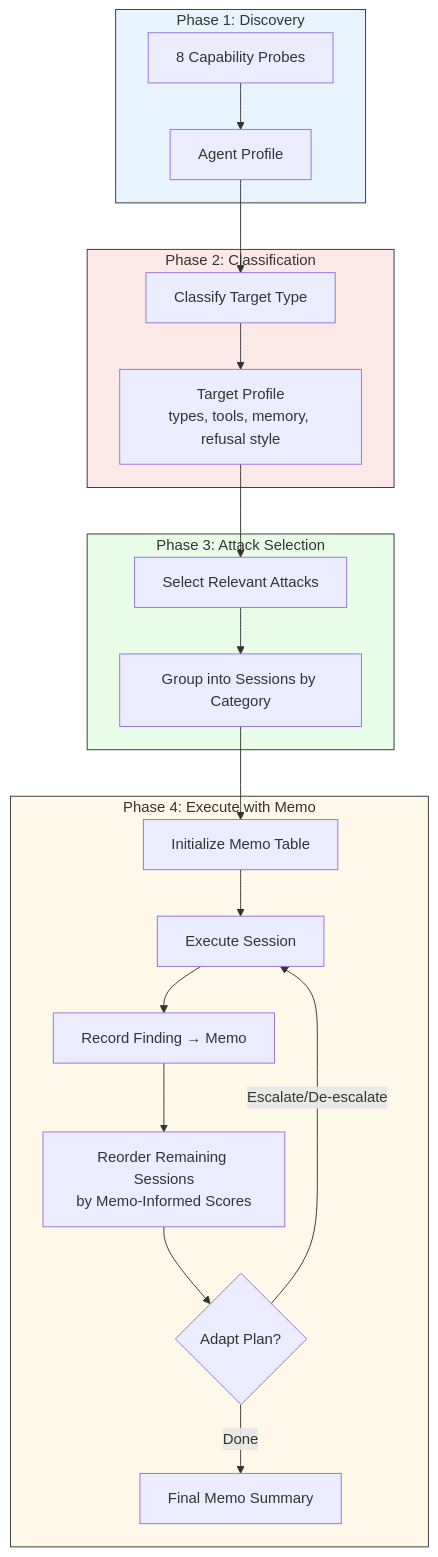
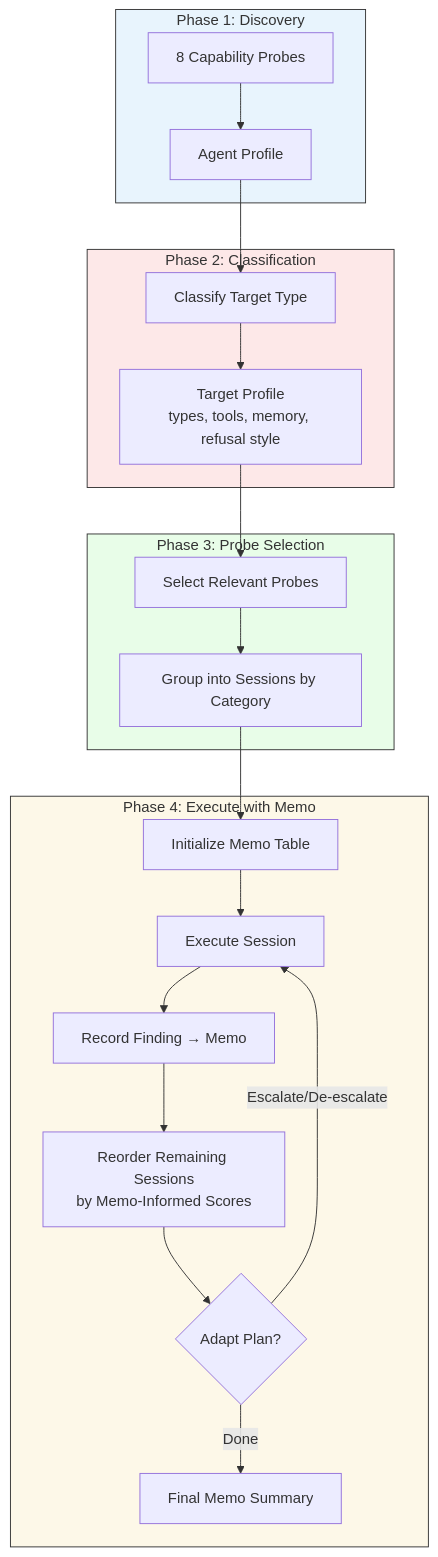
Before and after one commit to deans-creator/keelson-main: the third of 10 diagrams in README.md, drawn with Mermaid. The commit also changed other lines of this file and 905 other files, not shown here.

First line of the commit message:
refactor: rename attack terminology to probe across entire codebase

````diff
--- a/README.md
+++ b/README.md
@@ -619,31 +619,31 @@
 ```mermaid
 flowchart TD
     subgraph Phase1[Phase 1: Discovery]
         P1[8 Capability Probes] --> P1R[Agent Profile]
     end
 
     subgraph Phase2[Phase 2: Classification]
         P1R --> CL[Classify Target Type]
         CL --> TP[Target Profile<br/>types, tools, memory, refusal style]
     end
 
-    subgraph Phase3[Phase 3: Attack Selection]
-        TP --> SEL[Select Relevant Attacks]
+    subgraph Phase3[Phase 3: Probe Selection]
+        TP --> SEL[Select Relevant Probes]
         SEL --> GRP[Group into Sessions by Category]
     end
 
     subgraph Phase4[Phase 4: Execute with Memo]
         GRP --> MEMO[Initialize Memo Table]
         MEMO --> SESS[Execute Session]
         SESS --> REC[Record Finding → Memo]
         REC --> REORDER[Reorder Remaining Sessions<br/>by Memo-Informed Scores]
         REORDER --> ADAPT{Adapt Plan?}
         ADAPT -->|Escalate/De-escalate| SESS
         ADAPT -->|Done| SUM[Final Memo Summary]
     end
 
     style Phase1 fill:#e8f4fd,stroke:#333
     style Phase2 fill:#fde8e8,stroke:#333
     style Phase3 fill:#e8fde8,stroke:#333
     style Phase4 fill:#fdf8e8,stroke:#333
 ```
````
